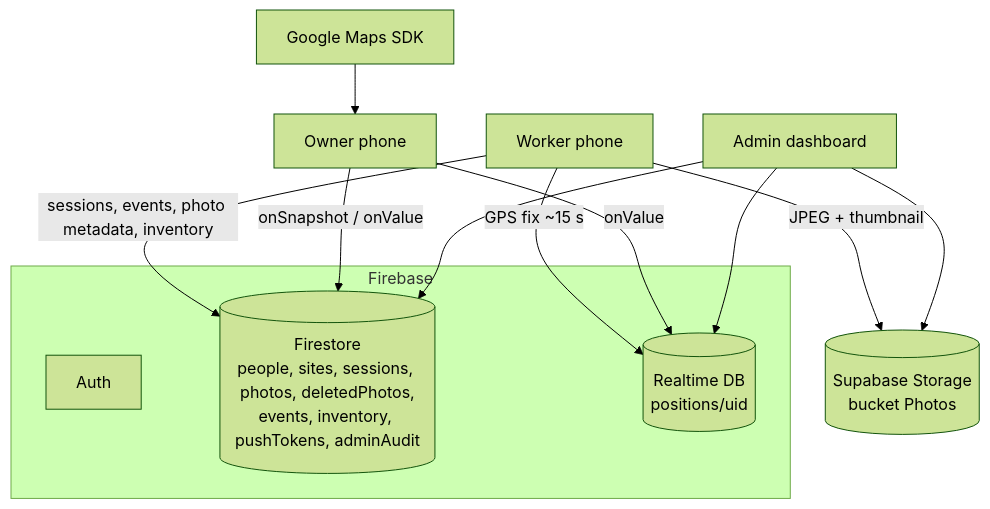
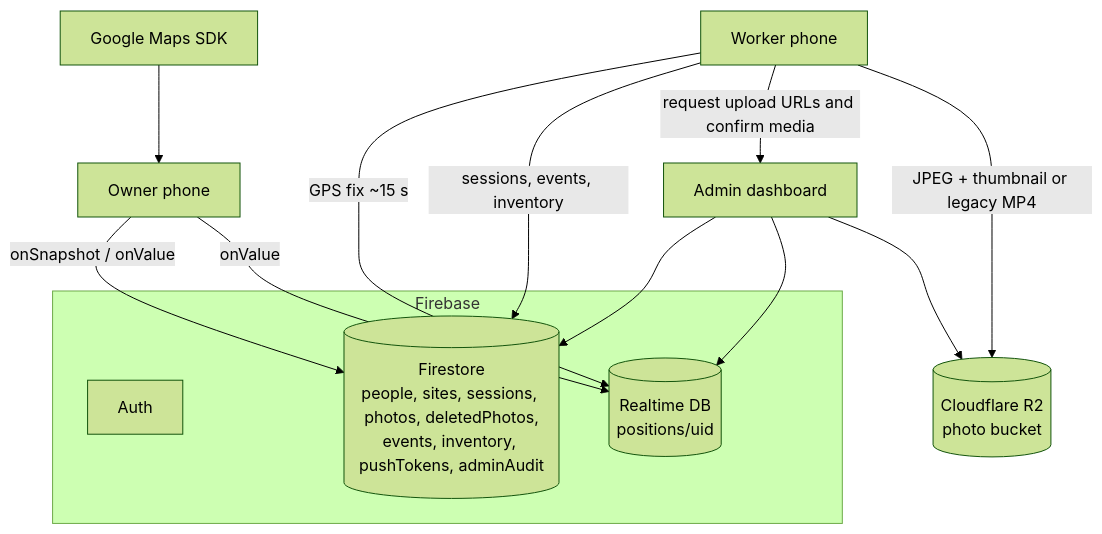
One commit to Aman2132/Site-tracker changed the first of 3 diagrams in DOCUMENTATION.md. Above: the diagram before and after it, drawn with Mermaid (forest theme). The commit also changed other lines of this file and 13 other files, not shown here.

````diff
--- a/DOCUMENTATION.md
+++ b/DOCUMENTATION.md
@@ -63,22 +63,23 @@
 ```mermaid
 flowchart TB
     W["Worker phone"]
     O["Owner phone"]
     subgraph FB["Firebase"]
       AUTH["Auth"]
       FS[("Firestore<br/>people, sites, sessions, photos, deletedPhotos,<br/>events, inventory, pushTokens, adminAudit")]
       RT[("Realtime DB<br/>positions/uid")]
     end
-    SB[("Supabase Storage<br/>bucket Photos")]
+    R2[("Cloudflare R2<br/>photo bucket")]
     GM["Google Maps SDK"]
     ADMIN["Admin dashboard"]
     W -->|GPS fix ~15 s| RT
-    W -->|sessions, events, photo metadata, inventory| FS
-    W -->|JPEG + thumbnail| SB
+    W -->|sessions, events, inventory| FS
+    W -->|request upload URLs and confirm media| ADMIN
+    W -->|JPEG + thumbnail or legacy MP4| R2
     O -->|onSnapshot / onValue| FS
     O -->|onValue| RT
     GM --> O
     ADMIN --> FS
     ADMIN --> RT
-    ADMIN --> SB
+    ADMIN --> R2
 ```
````
